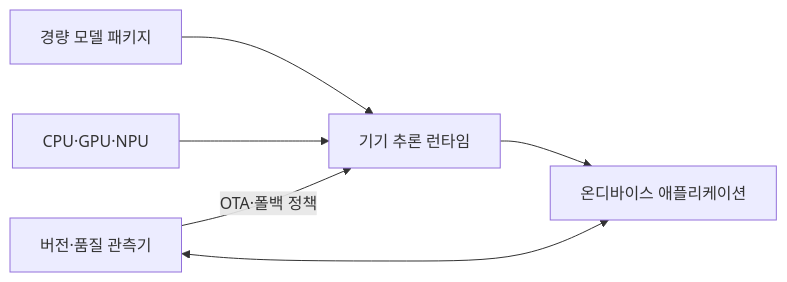
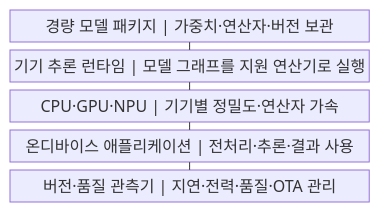
Before and after one commit to agnusdei1207/knowledge-base: the first of 2 diagrams in src/content/docs/notes/03-software/208_on_device_model_deployment.md, drawn with Mermaid. The commit also changed other lines of this file and 20 other files, not shown here.

````diff
--- a/src/content/docs/notes/03-software/208_on_device_model_deployment.md
+++ b/src/content/docs/notes/03-software/208_on_device_model_deployment.md
@@ -55,8 +55,13 @@
 ```mermaid
-flowchart LR
-    M["경량 모델 패키지"] --> R["기기 추론 런타임"]
-    H["CPU·GPU·NPU"] --> R
-    R --> A["온디바이스 애플리케이션"]
-    O["버전·품질 관측기"] <--> A
-    O -->|OTA·폴백 정책| R
+block
+    columns 1
+    A["경량 모델 패키지 | 가중치·연산자·버전 보관"]
+    B["기기 추론 런타임 | 모델 그래프를 지원 연산기로 실행"]
+    C["CPU·GPU·NPU | 기기별 정밀도·연산자 가속"]
+    D["온디바이스 애플리케이션 | 전처리·추론·결과 사용"]
+    E["버전·품질 관측기 | 지연·전력·품질·OTA 관리"]
+    A --- B
+    B --- C
+    C --- D
+    D --- E
 ```
````
